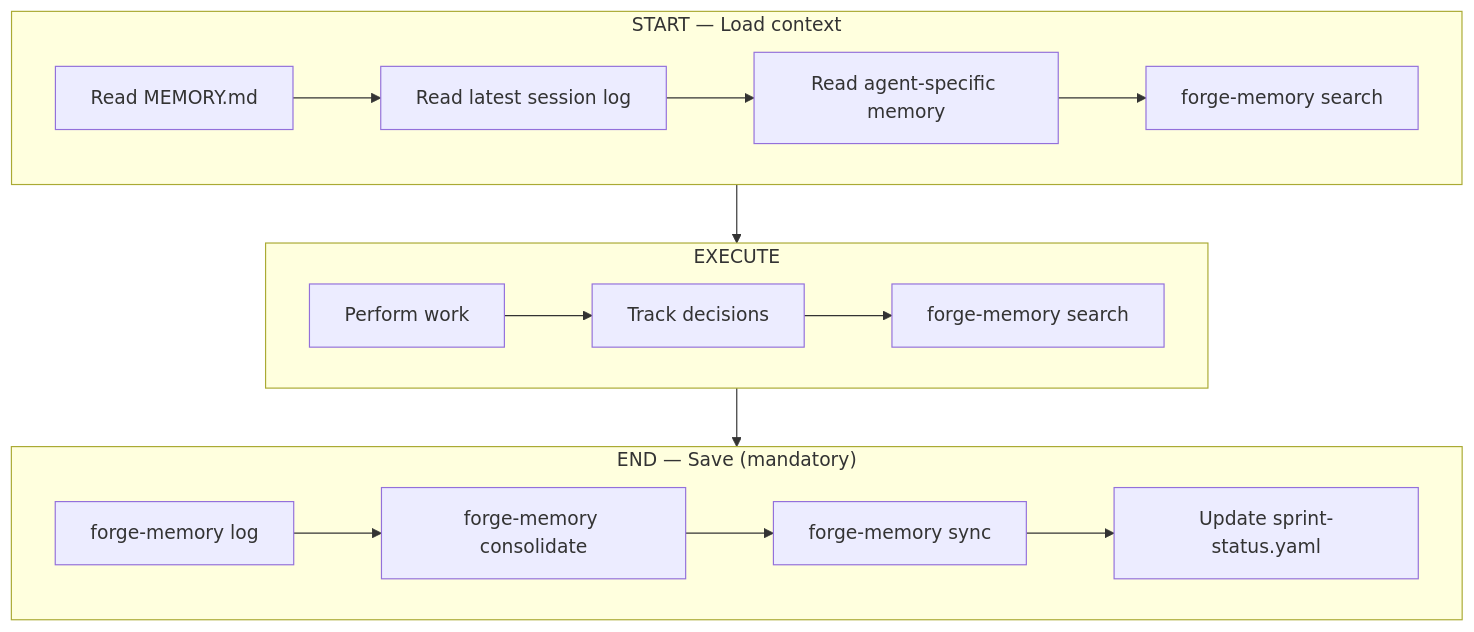
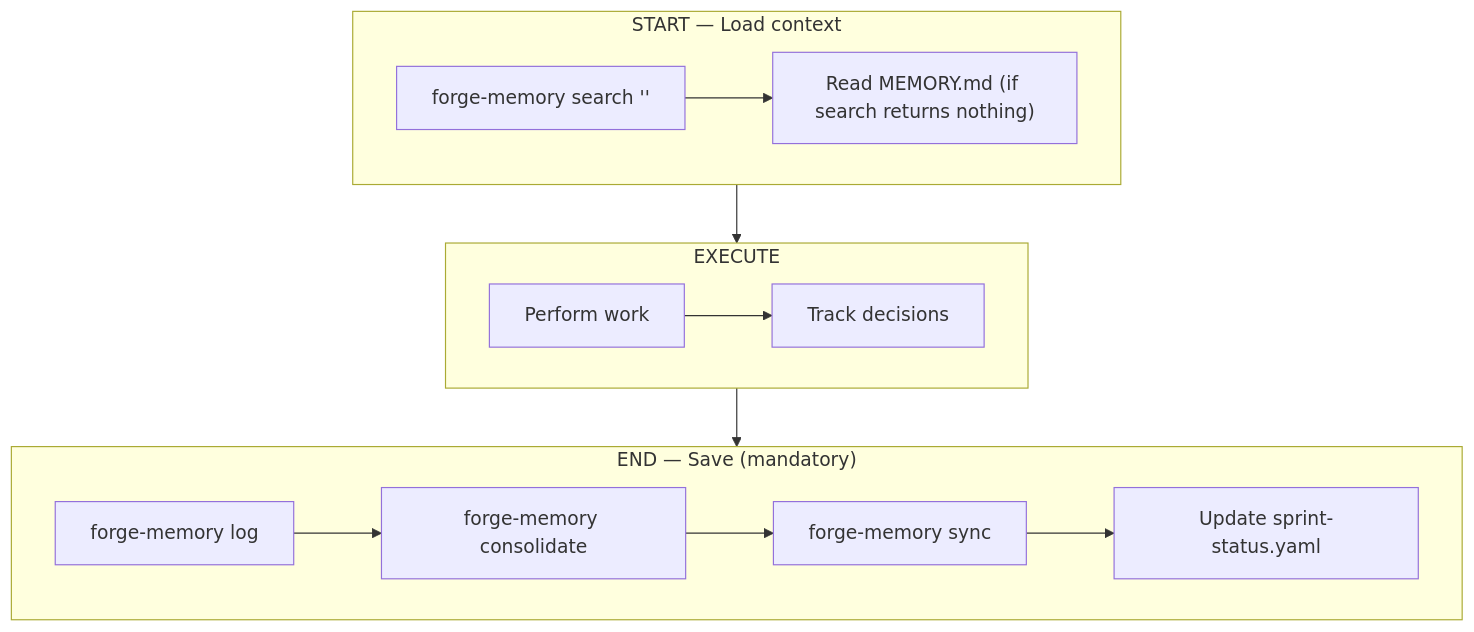
The first of 2 diagrams in skills/forge/references/memory.md (fwehrling/forge), drawn with Mermaid before and after one commit. The commit also changed other lines of this file and 9 other files, not shown here.

````diff
--- a/skills/forge/references/memory.md
+++ b/skills/forge/references/memory.md
@@ -33,27 +32,24 @@
 ```mermaid
 flowchart TD
     subgraph START ["START — Load context"]
-        S1["Read MEMORY.md"]
-        S2["Read latest session log"]
-        S3["Read agent-specific memory"]
-        S4["forge-memory search"]
-        S1 --> S2 --> S3 --> S4
+        S1["forge-memory search '<context>'"]
+        S2["Read MEMORY.md (if search returns nothing)"]
+        S1 --> S2
     end
 
     subgraph EXECUTE ["EXECUTE"]
         E1["Perform work"]
         E2["Track decisions"]
-        E3["forge-memory search"]
-        E1 --> E2 --> E3
+        E1 --> E2
     end
 
     subgraph END ["END — Save (mandatory)"]
         N1["forge-memory log"]
         N2["forge-memory consolidate"]
         N3["forge-memory sync"]
         N4["Update sprint-status.yaml"]
         N1 --> N2 --> N3 --> N4
     end
 
     START --> EXECUTE --> END
 ```
````
